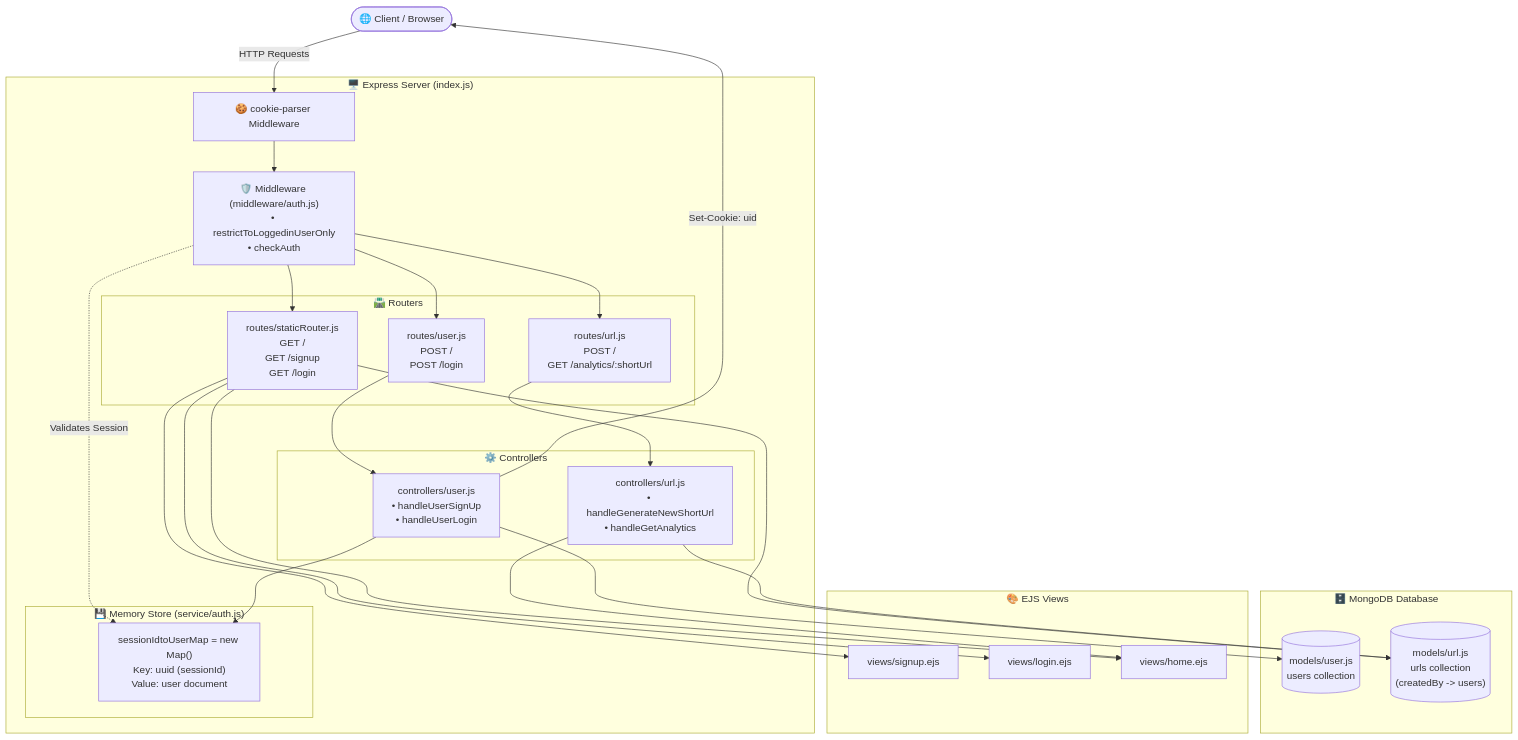
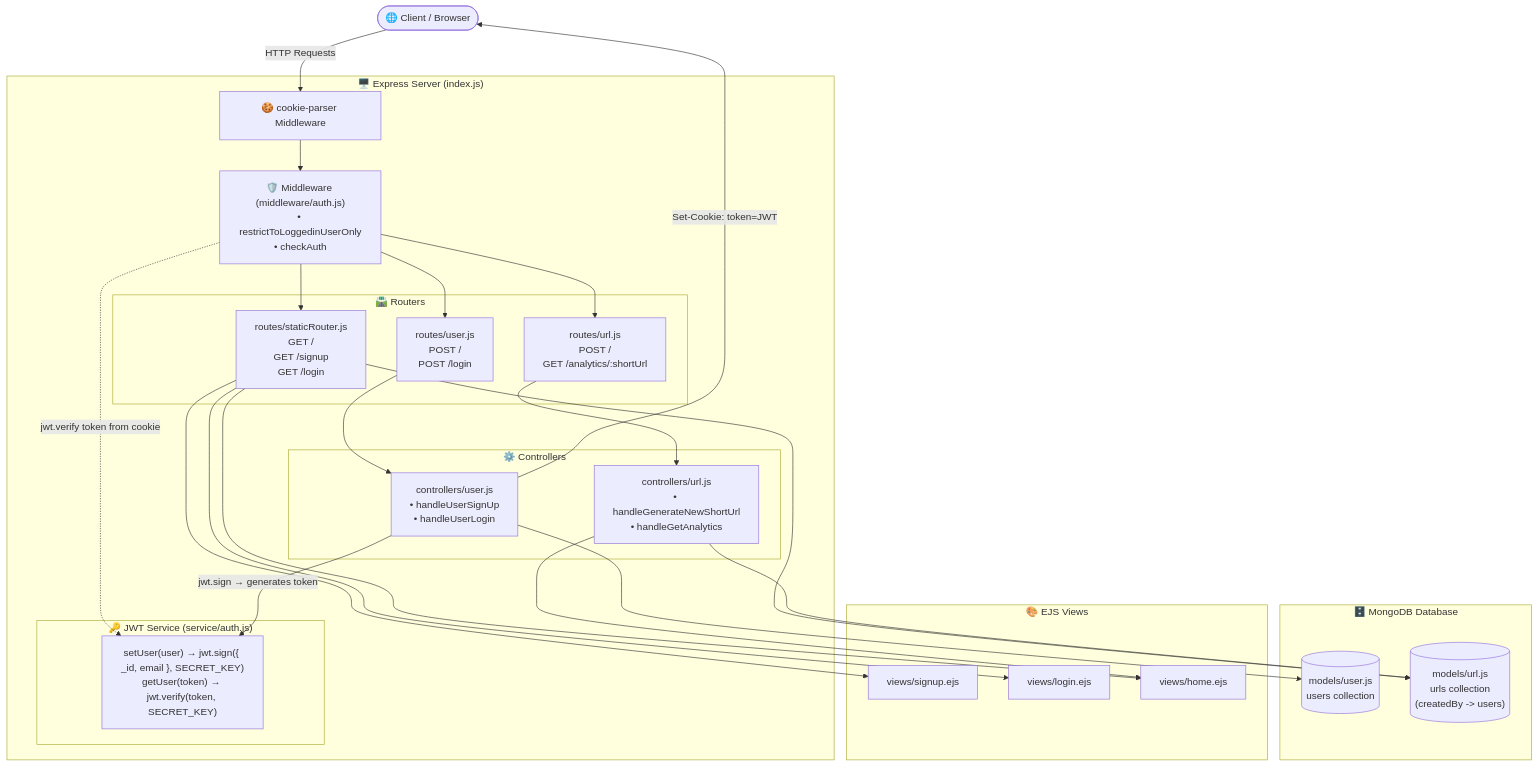
Before and after one commit to divyal-11/backend-work: the first of 6 diagrams in short-url/AUTH_FLOW.md, drawn with Mermaid. The commit also changed other lines of this file, not shown here.

Commit message:
updated auth flow - JWT based

````diff
--- a/short-url/AUTH_FLOW.md
+++ b/short-url/AUTH_FLOW.md
@@ -9,58 +11,58 @@
 ```mermaid
 graph TD
     Browser([🌐 Client / Browser])
 
     subgraph Server ["🖥️ Express Server (index.js)"]
         CP["🍪 cookie-parser Middleware"]
         AuthMid["🛡️ Middleware (middleware/auth.js)<br/>• restrictToLoggedinUserOnly<br/>• checkAuth"]
         
         subgraph Routers ["🛣️ Routers"]
             StaticR["routes/staticRouter.js<br/>GET /<br/>GET /signup<br/>GET /login"]
             UserR["routes/user.js<br/>POST /<br/>POST /login"]
             UrlR["routes/url.js<br/>POST /<br/>GET /analytics/:shortUrl"]
         end
 
         subgraph Controllers ["⚙️ Controllers"]
             UserCtrl["controllers/user.js<br/>• handleUserSignUp<br/>• handleUserLogin"]
             UrlCtrl["controllers/url.js<br/>• handleGenerateNewShortUrl<br/>• handleGetAnalytics"]
         end
 
-        subgraph Services ["💾 Memory Store (service/auth.js)"]
-            SessionMap["sessionIdtoUserMap = new Map()<br/>Key: uuid (sessionId)<br/>Value: user document"]
+        subgraph Services ["🔑 JWT Service (service/auth.js)"]
+            JWTService["setUser(user) → jwt.sign({ _id, email }, SECRET_KEY)<br/>getUser(token) → jwt.verify(token, SECRET_KEY)"]
         end
     end
 
     subgraph Database ["🗄️ MongoDB Database"]
         UserModel[("models/user.js<br/>users collection")]
         UrlModel[("models/url.js<br/>urls collection<br/>(createdBy -> users)")]
     end
 
     subgraph Views ["🎨 EJS Views"]
         SignupEJS["views/signup.ejs"]
         LoginEJS["views/login.ejs"]
         HomeEJS["views/home.ejs"]
     end
 
     %% Connections
     Browser -->|HTTP Requests| CP
     CP --> AuthMid
-    AuthMid -.->|Validates Session| SessionMap
+    AuthMid -.->|jwt.verify token from cookie| JWTService
 
     AuthMid --> StaticR
     AuthMid --> UserR
     AuthMid --> UrlR
 
     StaticR --> HomeEJS
     StaticR --> SignupEJS
     StaticR --> LoginEJS
     StaticR --> UrlModel
 
     UserR --> UserCtrl
     UserCtrl --> UserModel
-    UserCtrl --> SessionMap
-    UserCtrl -->|Set-Cookie: uid| Browser
+    UserCtrl -->|jwt.sign → generates token| JWTService
+    UserCtrl -->|Set-Cookie: token=JWT| Browser
 
     UrlR --> UrlCtrl
     UrlCtrl --> UrlModel
     UrlCtrl --> HomeEJS
 ```
````
